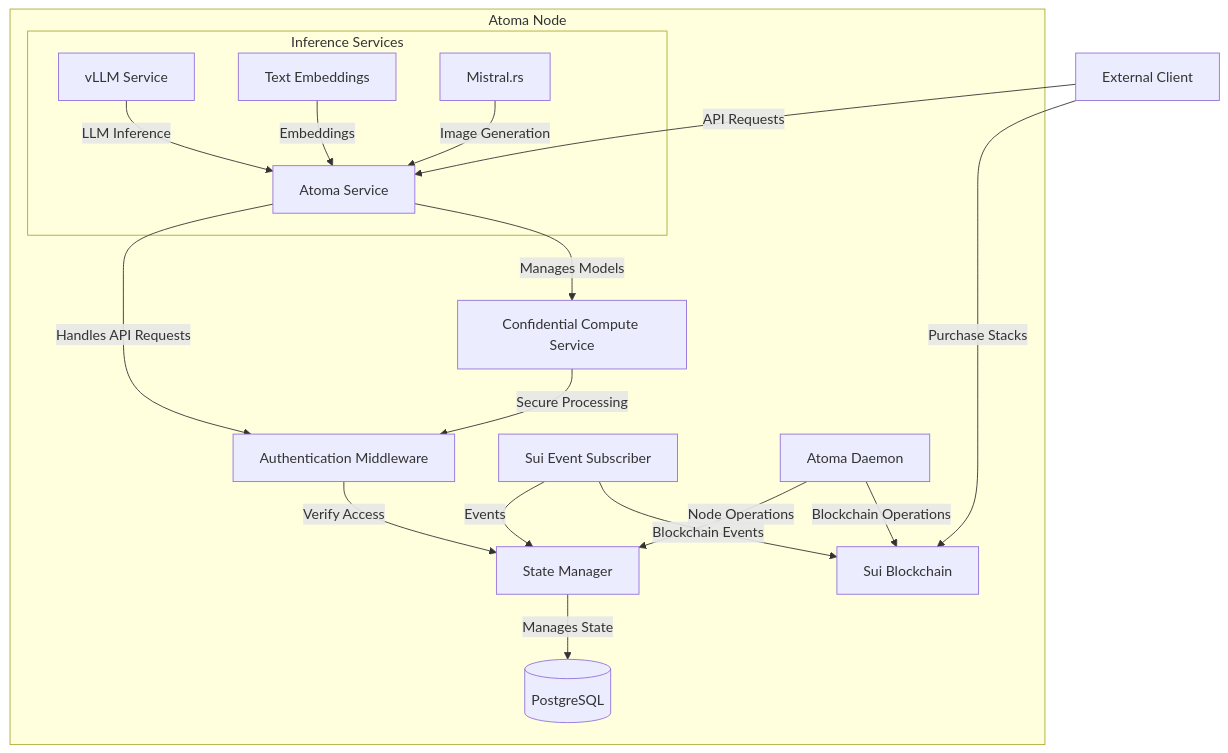
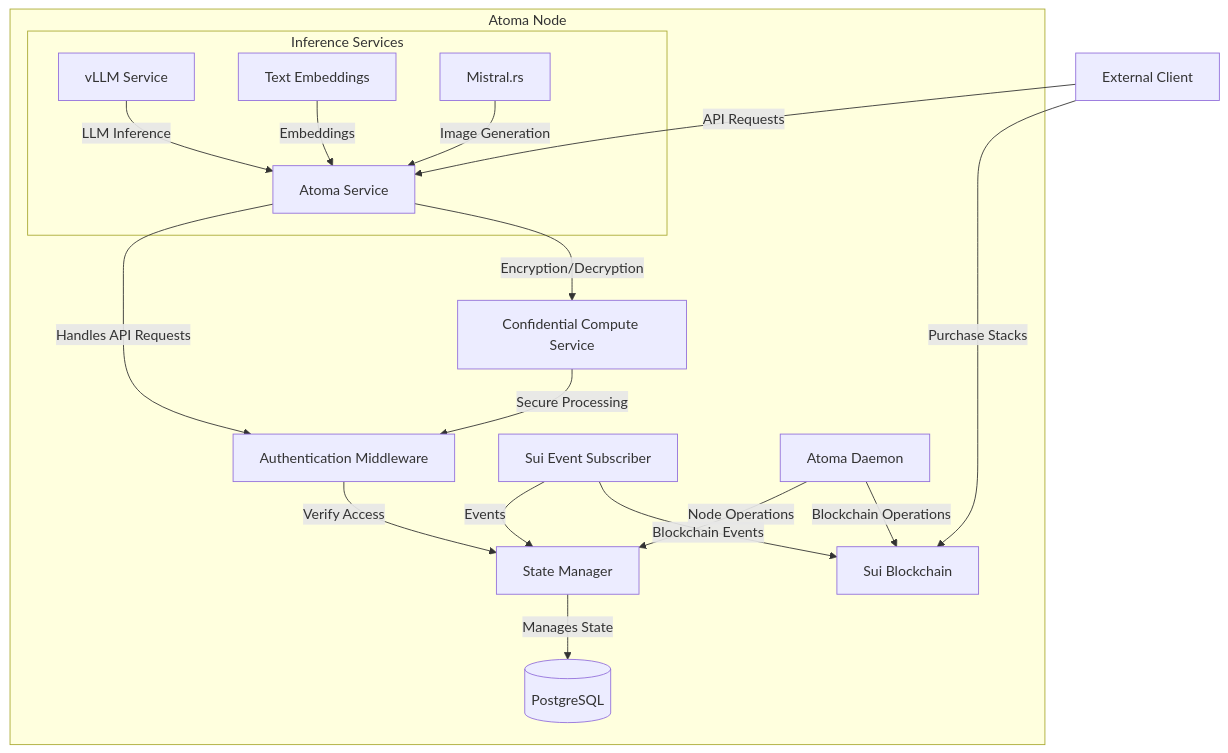
Before and after one commit to atoma-network/atoma-docs: the diagram in node/technical-reference/overview.mdx, drawn with Mermaid. The commit also changed other lines of this file and 1 other file, not shown here.

Commit message:
chore: changed diagram

````diff
--- a/node/technical-reference/overview.mdx
+++ b/node/technical-reference/overview.mdx
@@ -6,27 +6,27 @@
 ```mermaid
 graph TB
     subgraph Atoma Node
         AS[Atoma Service] --> |Handles API Requests| Auth[Authentication Middleware]
-        AS --> |Manages Models| CCS[Confidential Compute Service]
+        AS --> |Encryption/Decryption| CCS[Confidential Compute Service]
         
         SM[State Manager] --> |Manages State| DB[(PostgreSQL)]
         
         Sub[Sui Event Subscriber] --> |Events| SM
         Sub --> |Blockchain Events| BC[Sui Blockchain]
         
         AD[Atoma Daemon] --> |Node Operations| SM
         AD --> |Blockchain Operations| BC
         
         CCS --> |Secure Processing| Auth
         Auth --> |Verify Access| SM
 
         subgraph Inference Services
             vLLM[vLLM Service] --> |LLM Inference| AS
             TEI[Text Embeddings] --> |Embeddings| AS
             MRS[Mistral.rs] --> |Image Generation| AS
         end
     end
 
     Client[External Client] --> |Purchase Stacks| BC[Sui Blockchain]
     Client --> |API Requests| AS
 ```
````
